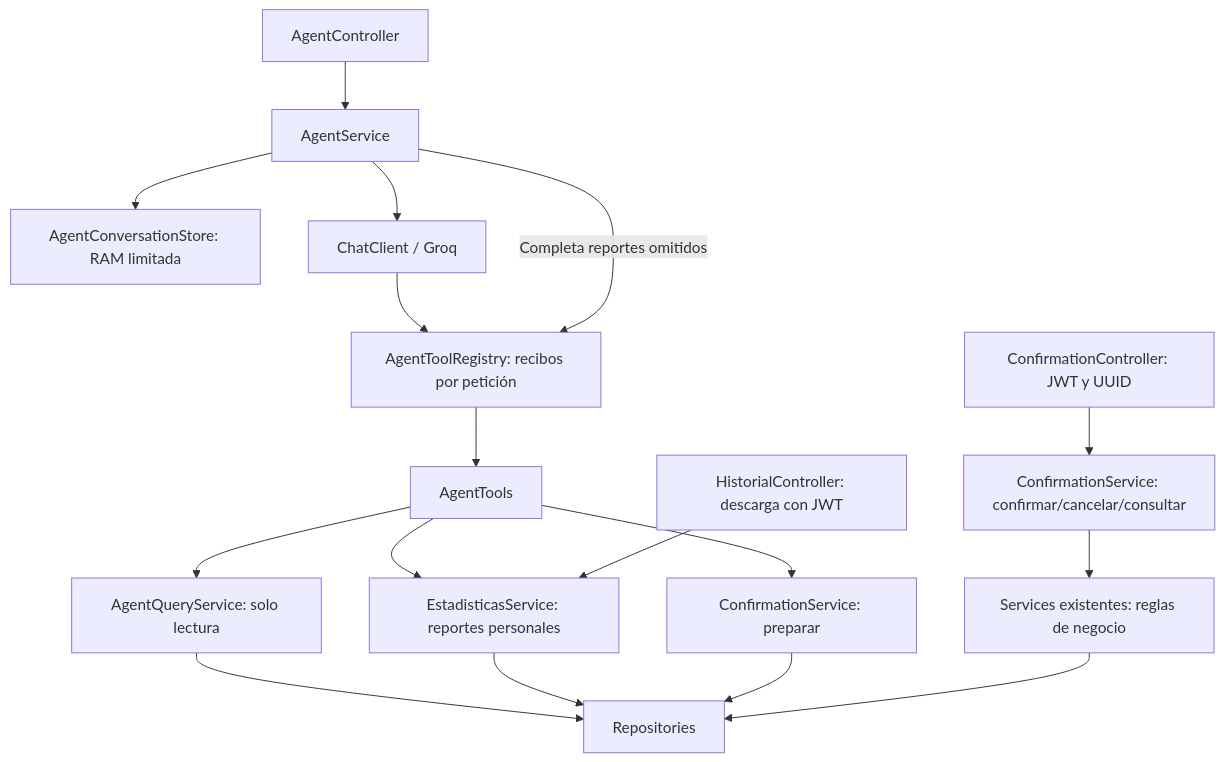
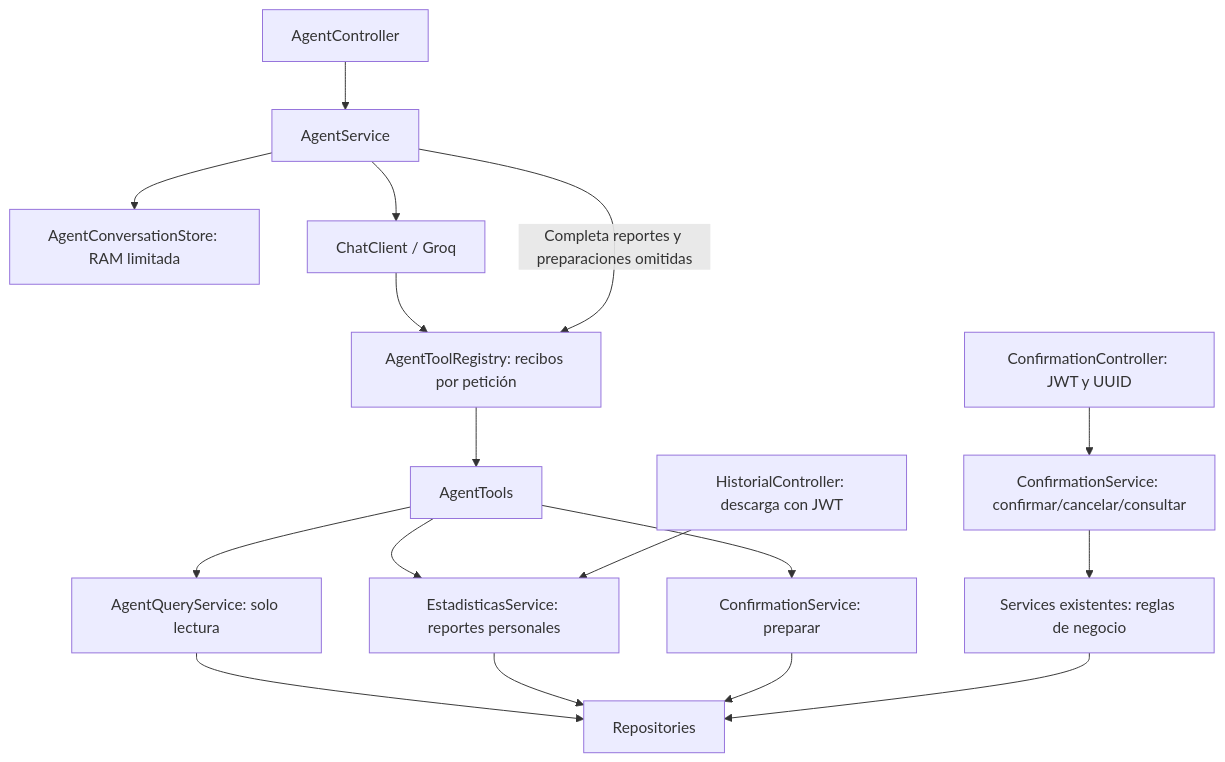
One commit to pollitoconpapass/uniride-spring-backend changed the diagram in docs/agente_flujo.md. Above: the diagram before and after it, drawn with Mermaid. The commit also changed other lines of this file and 10 other files, not shown here.

````diff
--- a/docs/agente_flujo.md
+++ b/docs/agente_flujo.md
@@ -11,19 +11,19 @@
 ```mermaid
 flowchart TD
     C[AgentController] --> S[AgentService]
     S --> M[AgentConversationStore: RAM limitada]
     S --> CC[ChatClient / Groq]
     CC --> R[AgentToolRegistry: recibos por petición]
-    S -->|Completa reportes omitidos| R
+    S -->|Completa reportes y preparaciones omitidas| R
     R --> T[AgentTools]
     T --> Q[AgentQueryService: solo lectura]
     T --> A[EstadisticasService: reportes personales]
     T --> P[ConfirmationService: preparar]
     D[HistorialController: descarga con JWT] --> A
     H[ConfirmationController: JWT y UUID] --> E[ConfirmationService: confirmar/cancelar/consultar]
     E --> B[Services existentes: reglas de negocio]
     Q --> DB[Repositories]
     A --> DB
     P --> DB
     B --> DB
 ```
````
